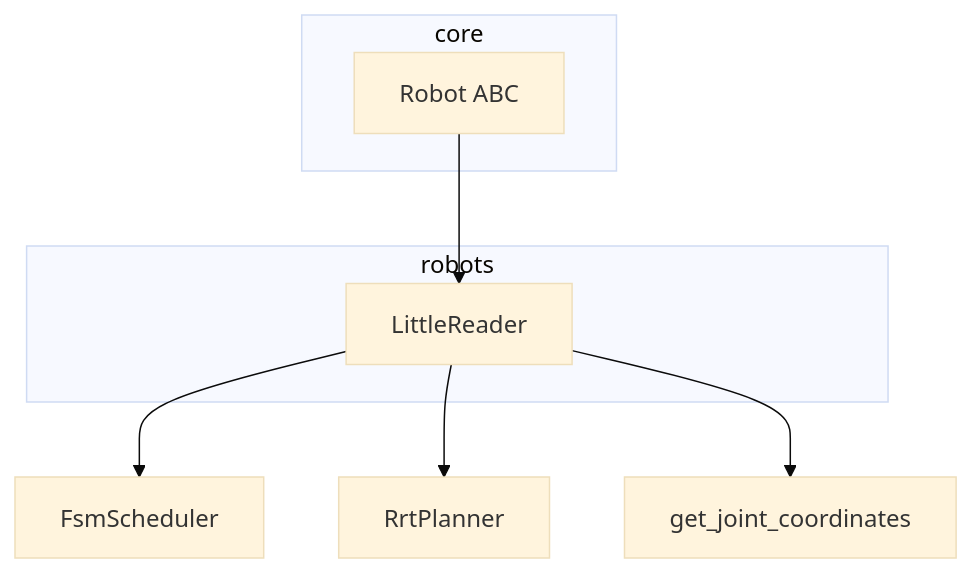
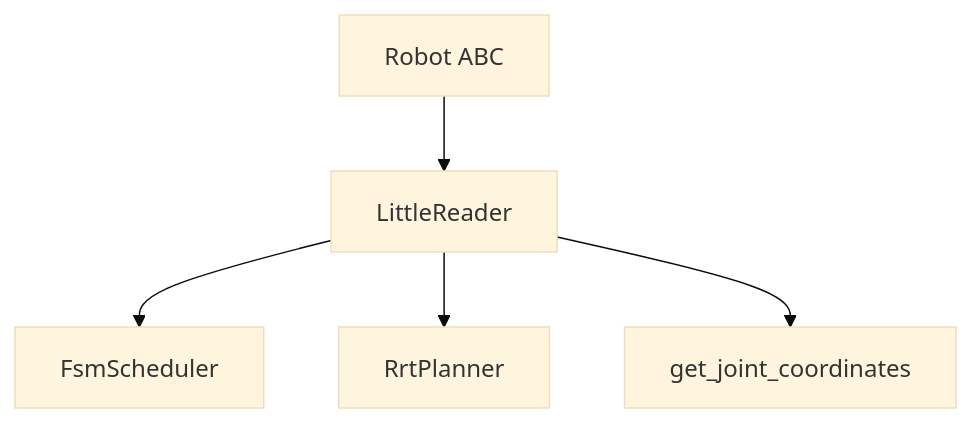
Before and after one commit to SeonilChoi/robot_manager: the first of 2 diagrams in src/robot_manager/robots/README.md, drawn with Mermaid (base theme). The commit also changed other lines of this file and 7 other files, not shown here.

````diff
--- a/src/robot_manager/robots/README.md
+++ b/src/robot_manager/robots/README.md
@@ -9,13 +5,7 @@
 ```mermaid
 flowchart TB
-  subgraph core
-    Robot[Robot ABC]
-  end
-  subgraph robots
-    LittleReader[LittleReader]
-  end
-  Robot --> LittleReader
+  Robot[Robot ABC] --> LittleReader
   LittleReader --> FSM[FsmScheduler]
   LittleReader --> RRT[RrtPlanner]
   LittleReader --> FK[get_joint_coordinates]
 ```
````
